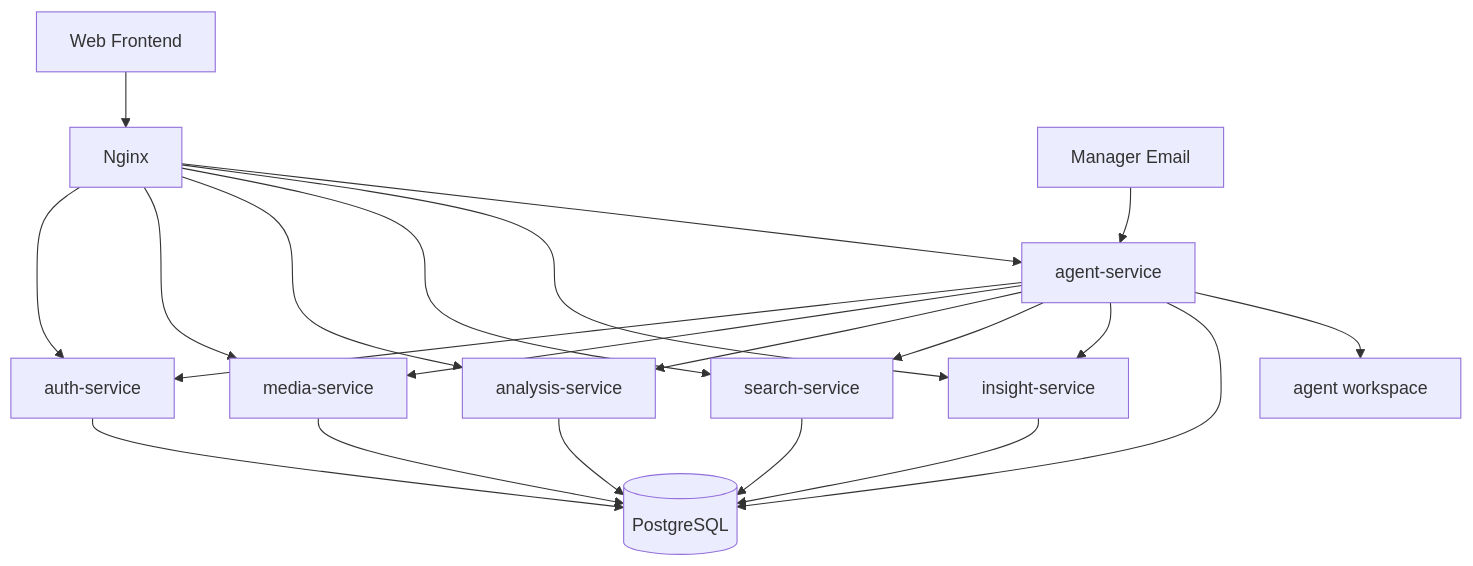
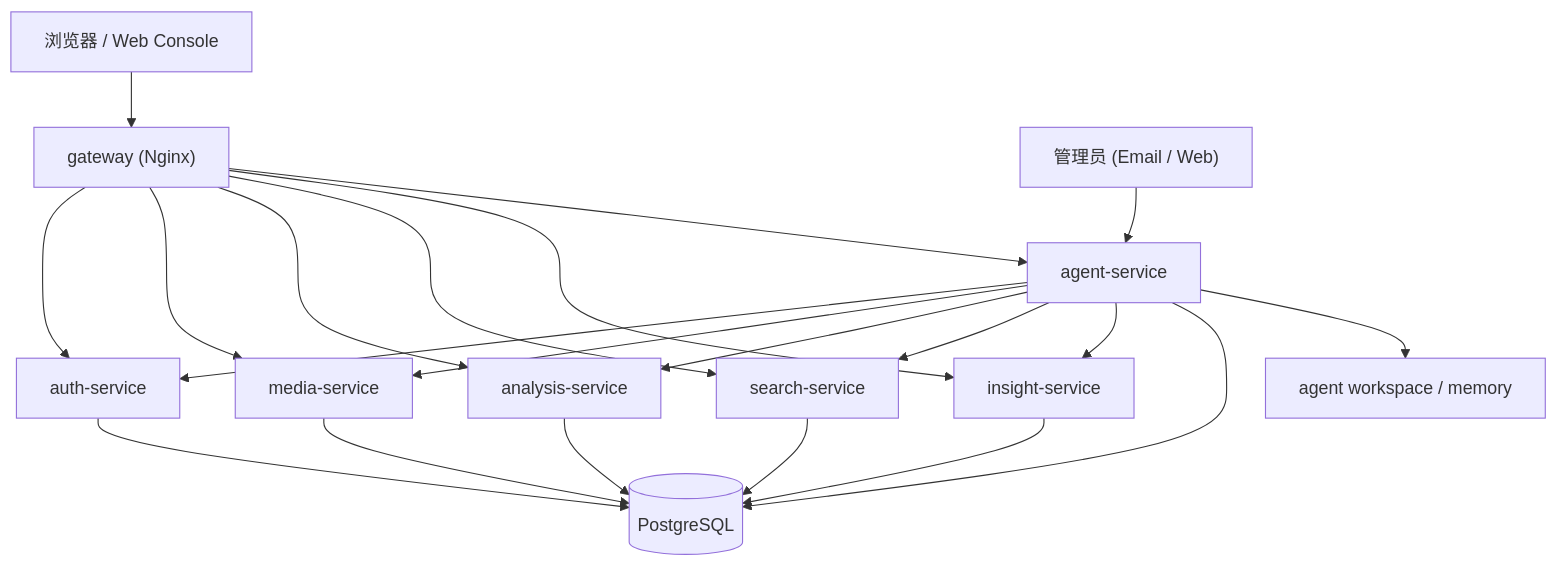
The diagram in docs/project-blueprint.md (chenwu9927/Urban-Insight-A-Smart-PAR-Recognition-System), drawn with Mermaid before and after one commit. The commit also changed other lines of this file and 22 other files, not shown here.

Commit message:
Simplify Chinese web console and refresh architecture docs

````diff
--- a/docs/project-blueprint.md
+++ b/docs/project-blueprint.md
@@ -79,23 +58,23 @@
 ```mermaid
 flowchart TB
-    Browser["Web Frontend"] --> Gateway["Nginx"]
-    Manager["Manager Email"] --> Agent["agent-service"]
+    Browser["浏览器 / Web Console"] --> Gateway["gateway (Nginx)"]
+    Manager["管理员 (Email / Web)"] --> Agent["agent-service"]
     Gateway --> Auth["auth-service"]
     Gateway --> Media["media-service"]
     Gateway --> Analysis["analysis-service"]
     Gateway --> Search["search-service"]
     Gateway --> Insight["insight-service"]
     Gateway --> Agent
     Agent --> Auth
     Agent --> Media
     Agent --> Analysis
     Agent --> Search
     Agent --> Insight
     Auth --> PG[(PostgreSQL)]
     Media --> PG
     Analysis --> PG
     Search --> PG
     Insight --> PG
     Agent --> PG
-    Agent --> Workspace["agent workspace"]
+    Agent --> Workspace["agent workspace / memory"]
 ```
````
